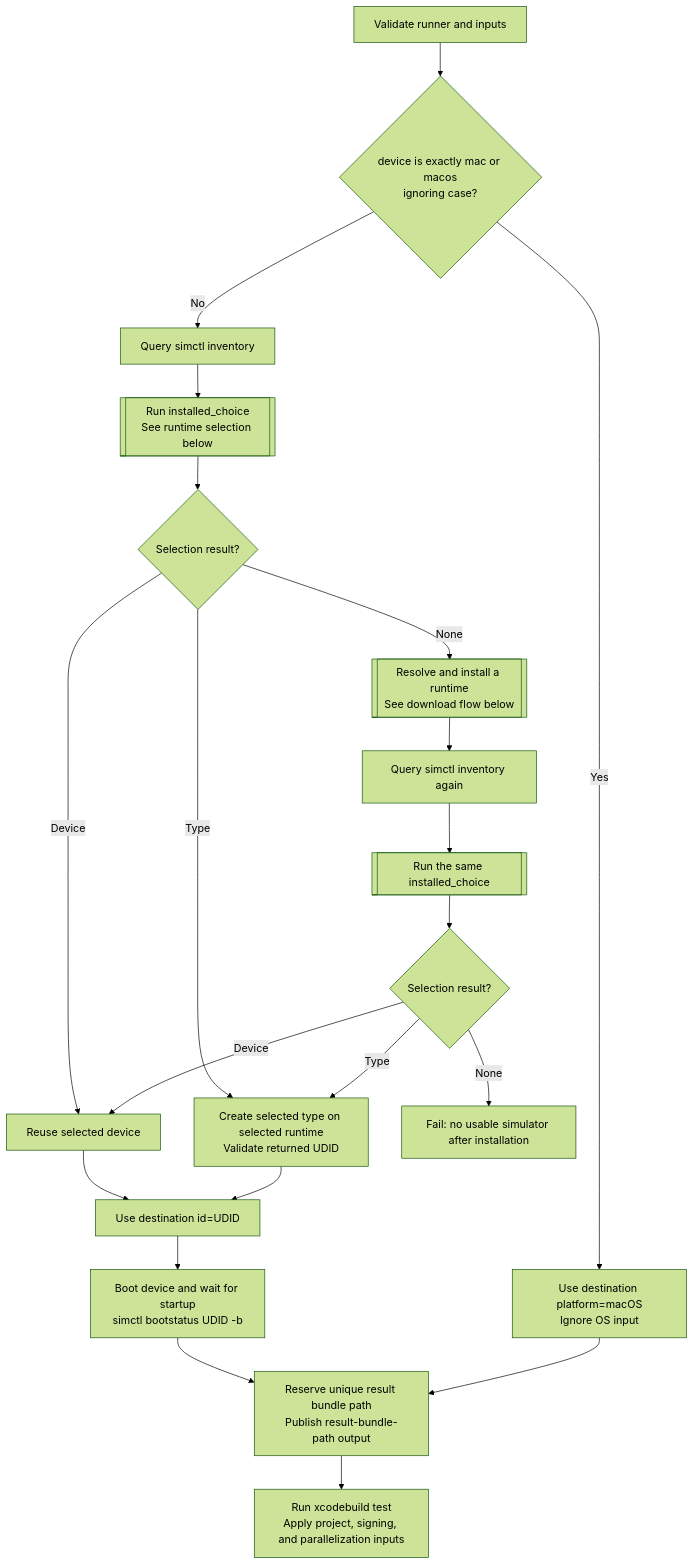
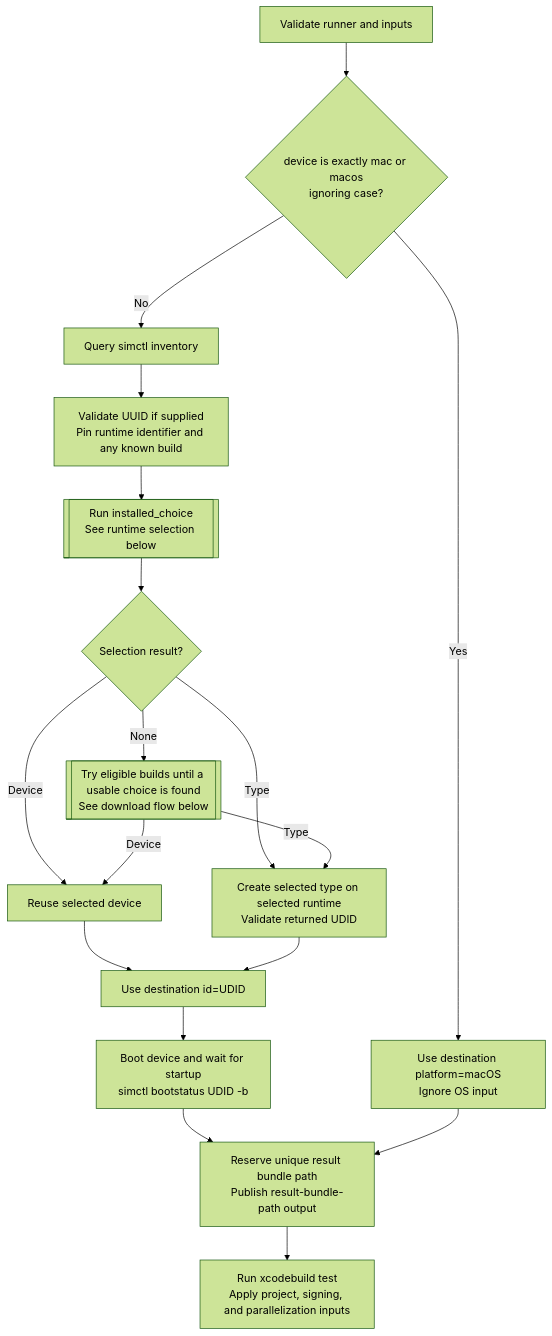
The first of 3 diagrams in .github/actions/xcode-test/flowchard.md (ashtonmeuser/NavigationSplitStack), drawn with Mermaid (forest theme) before and after one commit. The commit also changed other lines of this file and 7 other files, not shown here.

````diff
--- a/.github/actions/xcode-test/flowchard.md
+++ b/.github/actions/xcode-test/flowchard.md
@@ -21,23 +21,20 @@
 ```mermaid
 flowchart TD
     A["Validate runner and inputs"] --> B{"device is exactly mac or macos<br/>ignoring case?"}
     B -- Yes --> M["Use destination platform=macOS<br/>Ignore OS input"]
     B -- No --> I["Query simctl inventory"]
-    I --> S[["Run installed_choice<br/>See runtime selection below"]]
+    I --> PIN["Validate UUID if supplied<br/>Pin runtime identifier and any known build"]
+    PIN --> S[["Run installed_choice<br/>See runtime selection below"]]
     S --> R{"Selection result?"}
     R -- Device --> U["Reuse selected device"]
     R -- Type --> C["Create selected type on selected runtime<br/>Validate returned UDID"]
-    R -- None --> DL[["Resolve and install a runtime<br/>See download flow below"]]
-    DL --> RI["Query simctl inventory again"]
-    RI --> S2[["Run the same installed_choice"]]
-    S2 --> R2{"Selection result?"}
-    R2 -- Device --> U
-    R2 -- Type --> C
-    R2 -- None --> E["Fail: no usable simulator after installation"]
+    R -- None --> DL[["Try eligible builds until a usable choice is found<br/>See download flow below"]]
+    DL -- Device --> U
+    DL -- Type --> C
     U --> DEST["Use destination id=UDID"]
     C --> DEST
     DEST --> BOOT["Boot device and wait for startup<br/>simctl bootstatus UDID -b"]
     BOOT --> OUTPUT["Reserve unique result bundle path<br/>Publish result-bundle-path output"]
     M --> OUTPUT
     OUTPUT --> TEST["Run xcodebuild test<br/>Apply project, signing, and parallelization inputs"]
 ```
````
